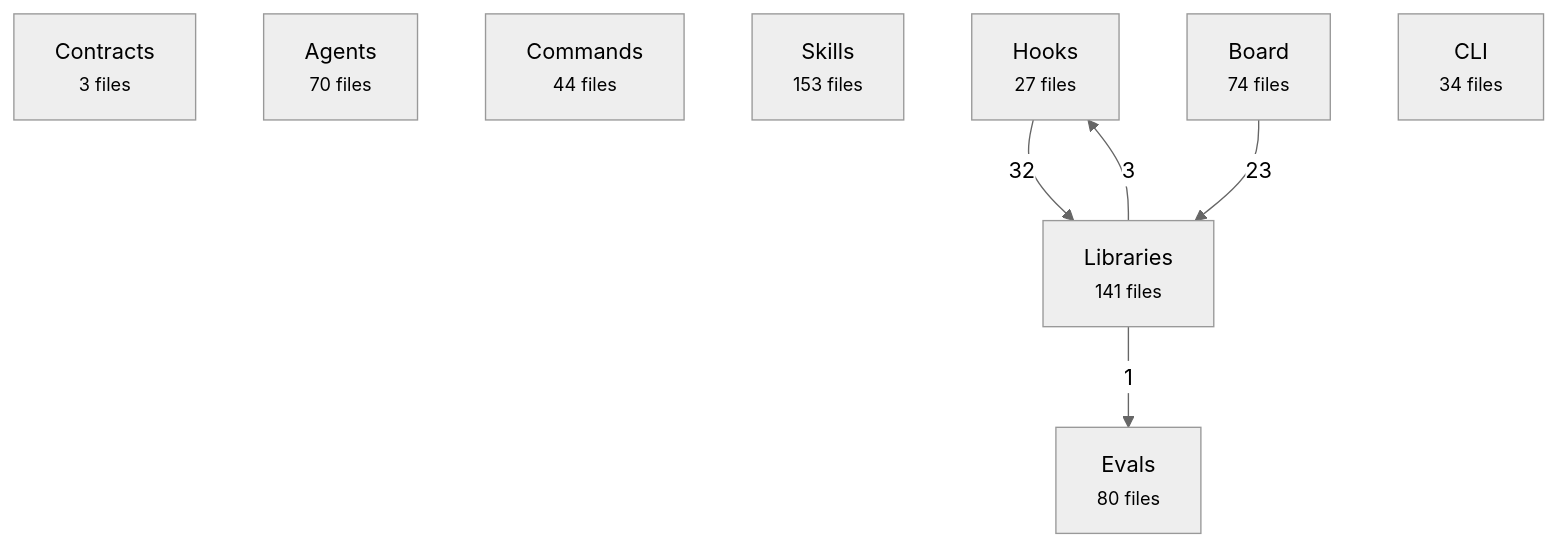
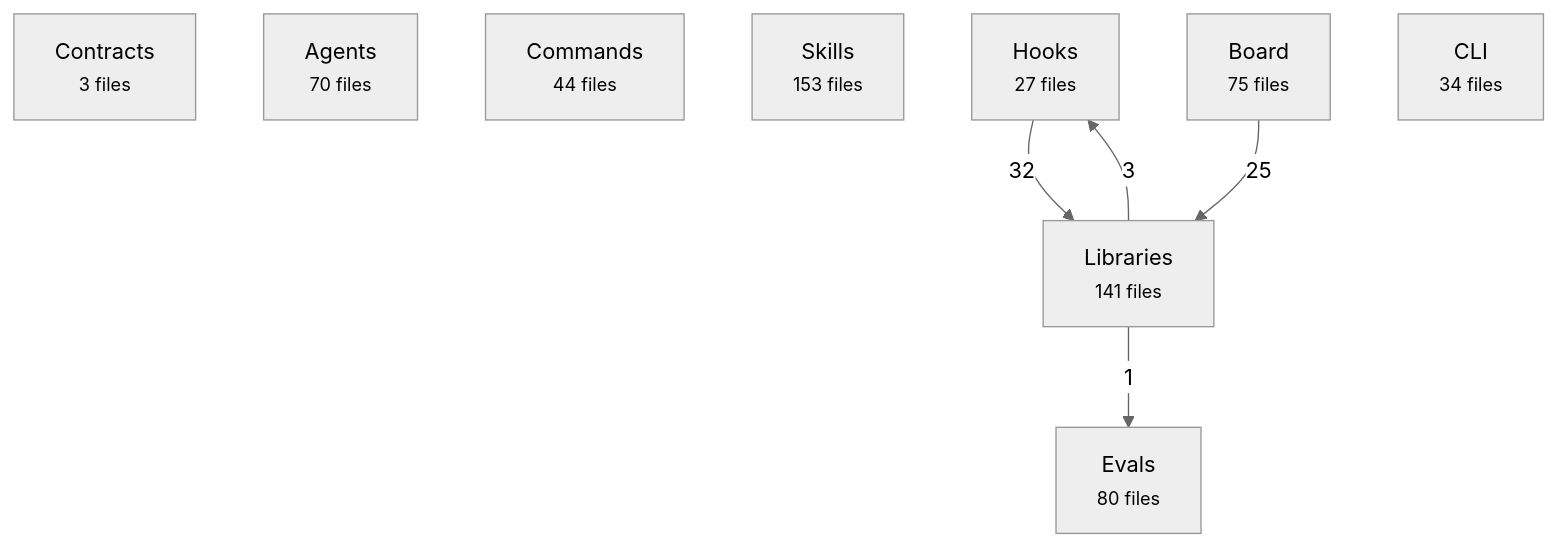
Before and after one commit to avelikiy/great_cto: the first of 2 diagrams in docs/reference/architecture-map.md, drawn with Mermaid (neutral theme). The commit also changed other lines of this file and 8 other files, not shown here.

````diff
--- a/docs/reference/architecture-map.md
+++ b/docs/reference/architecture-map.md
@@ -20,16 +20,16 @@
 ```mermaid
 flowchart TD
   contracts["Contracts<br/><small>3 files</small>"]
   agents["Agents<br/><small>70 files</small>"]
   commands["Commands<br/><small>44 files</small>"]
   skills["Skills<br/><small>153 files</small>"]
   hooks["Hooks<br/><small>27 files</small>"]
   libs["Libraries<br/><small>141 files</small>"]
-  board["Board<br/><small>74 files</small>"]
+  board["Board<br/><small>75 files</small>"]
   cli["CLI<br/><small>34 files</small>"]
   evals["Evals<br/><small>80 files</small>"]
   hooks -->|32| libs
-  board -->|23| libs
+  board -->|25| libs
   libs -->|3| hooks
   libs -->|1| evals
 ```
````
